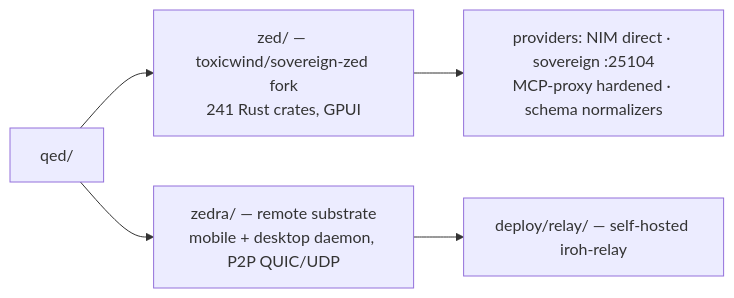
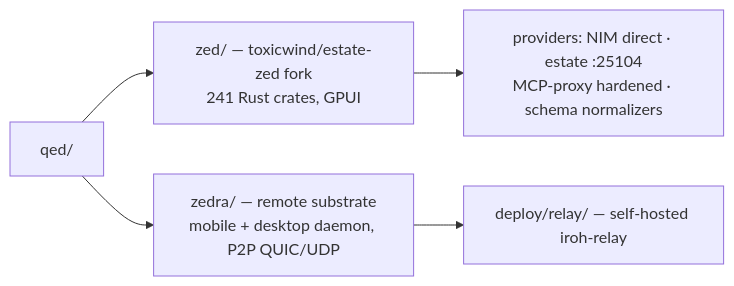
The diagram in qed/README.md (toxicwind/ranch), drawn with Mermaid before and after one commit. The commit also changed other lines of this file and 17 other files, not shown here.

````diff
--- a/qed/README.md
+++ b/qed/README.md
@@ -20,8 +20,8 @@
 ```mermaid
 flowchart LR
     Q[qed/]
-    Q --> Z[zed/ — toxicwind/sovereign-zed fork<br/>241 Rust crates, GPUI]
+    Q --> Z[zed/ — toxicwind/estate-zed fork<br/>241 Rust crates, GPUI]
     Q --> R[zedra/ — remote substrate<br/>mobile + desktop daemon, P2P QUIC/UDP]
-    Z --> P["providers: NIM direct · sovereign :25104<br/>MCP-proxy hardened · schema normalizers"]
+    Z --> P["providers: NIM direct · estate :25104<br/>MCP-proxy hardened · schema normalizers"]
     R --> D[deploy/relay/ — self-hosted iroh-relay]
 ```
````
